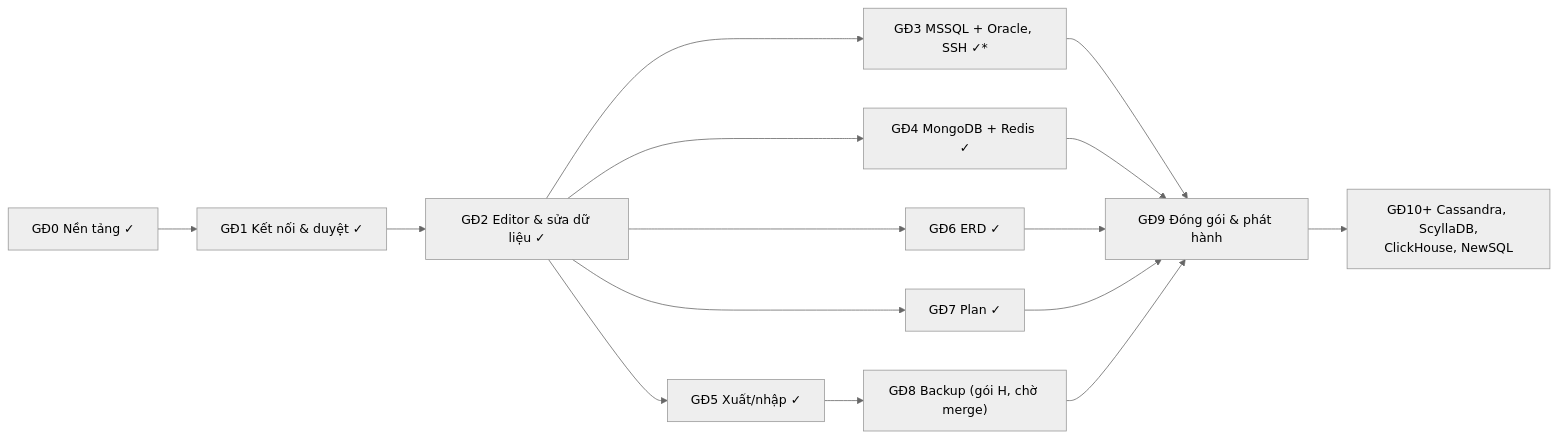
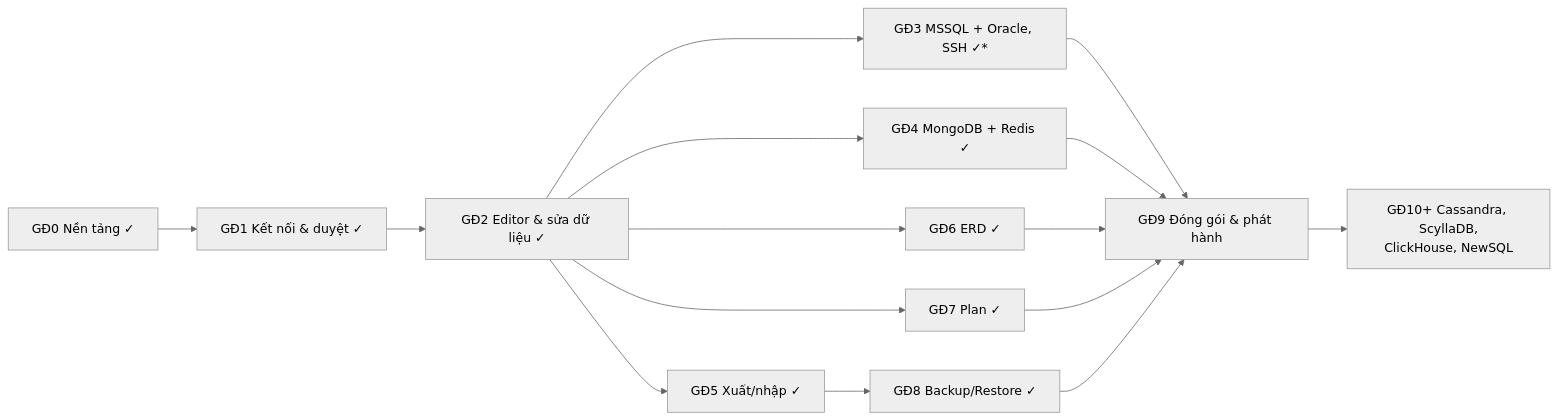
One commit to rickymta/dbstudio changed the diagram in docs/roadmap.md. Above: the diagram before and after it, drawn with Mermaid (neutral theme). The commit also changed other lines of this file and 4 other files, not shown here.

First line of the commit message:
docs: cập nhật backup/restore sau khi merge gói H

````diff
--- a/docs/roadmap.md
+++ b/docs/roadmap.md
@@ -21,17 +21,17 @@
 ```mermaid
 flowchart LR
     G0["GĐ0 Nền tảng ✓"] --> G1["GĐ1 Kết nối & duyệt ✓"]
     G1 --> G2["GĐ2 Editor & sửa dữ liệu ✓"]
     G2 --> G3["GĐ3 MSSQL + Oracle, SSH ✓*"]
     G2 --> G4["GĐ4 MongoDB + Redis ✓"]
     G2 --> G5["GĐ5 Xuất/nhập ✓"]
     G2 --> G6["GĐ6 ERD ✓"]
     G2 --> G7["GĐ7 Plan ✓"]
-    G5 --> G8["GĐ8 Backup (gói H, chờ merge)"]
+    G5 --> G8["GĐ8 Backup/Restore ✓"]
     G3 --> G9["GĐ9 Đóng gói & phát hành"]
     G4 --> G9
     G6 --> G9
     G7 --> G9
     G8 --> G9
     G9 --> G10["GĐ10+ Cassandra, ScyllaDB,<br/>ClickHouse, NewSQL"]
 ```
````
